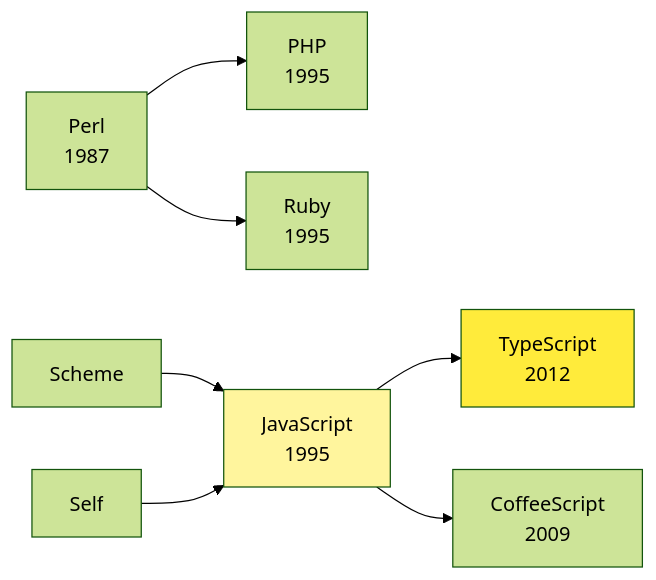
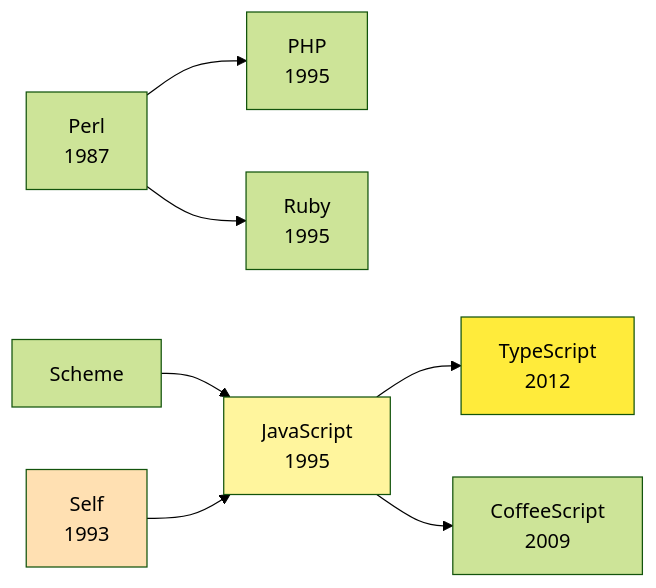
Before and after one commit to akardapolov/software-atlas: the fifth of 6 diagrams in docs/maps/languages-genealogy.md, drawn with Mermaid (forest theme). The commit also changed other lines of this file and 5 other files, not shown here.

Commit message:
fix: update OOP history timeline data

````diff
--- a/docs/maps/languages-genealogy.md
+++ b/docs/maps/languages-genealogy.md
@@ -167,12 +168,13 @@
 ```mermaid
 flowchart LR
     Perl["Perl<br/>1987"] --> PHP["PHP<br/>1995"]
     Perl --> Ruby["Ruby<br/>1995"]
     Scheme --> JavaScript["JavaScript<br/>1995"]
-    Self --> JavaScript
+    Self["Self<br/>1993"] --> JavaScript
     JavaScript --> TypeScript["TypeScript<br/>2012"]
     JavaScript --> CoffeeScript["CoffeeScript<br/>2009"]
 
     style JavaScript fill:#fff59d
     style TypeScript fill:#ffeb3b
+    style Self fill:#ffe0b2
 ```
````
